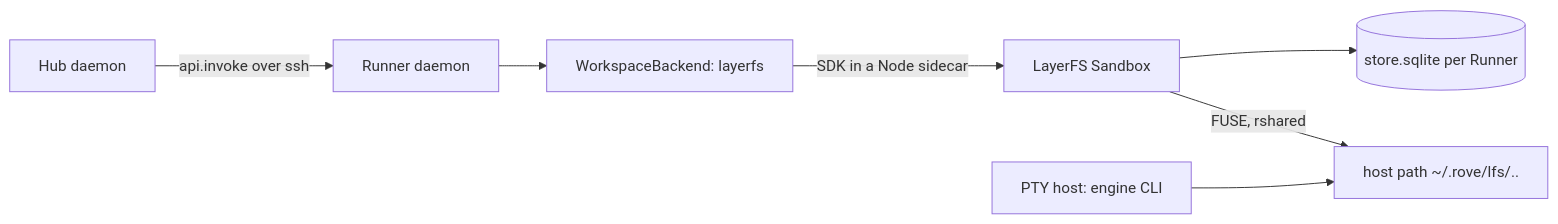
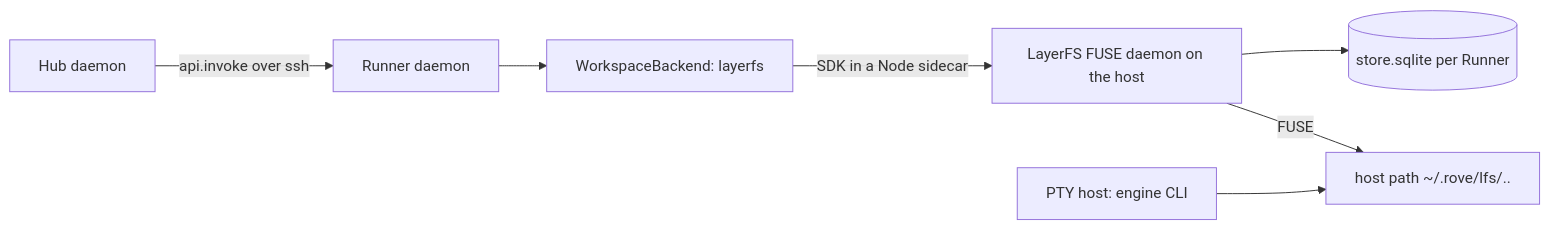
One commit to Sma1lboy/rove changed the second of 2 diagrams in docs/design/workspace-runner.md. Above: the diagram before and after it, drawn with Mermaid. The commit also changed other lines of this file, not shown here.

First line of the commit message:
docs: native LayerFS mount as the target, macFUSE trial, unsuited cases

````diff
--- a/docs/design/workspace-runner.md
+++ b/docs/design/workspace-runner.md
@@ -311,9 +332,9 @@
 ```mermaid
 flowchart LR
   hub[Hub daemon] -->|api.invoke over ssh| rd[Runner daemon]
   rd --> be[WorkspaceBackend: layerfs]
-  be -->|SDK in a Node sidecar| sb[LayerFS Sandbox]
-  sb --> st[(store.sqlite per Runner)]
-  sb -->|FUSE, rshared| hp[host path ~/.rove/lfs/..]
+  be -->|SDK in a Node sidecar| fd[LayerFS FUSE daemon on the host]
+  fd --> st[(store.sqlite per Runner)]
+  fd -->|FUSE| hp[host path ~/.rove/lfs/..]
   pty[PTY host: engine CLI] --> hp
 ```
````
